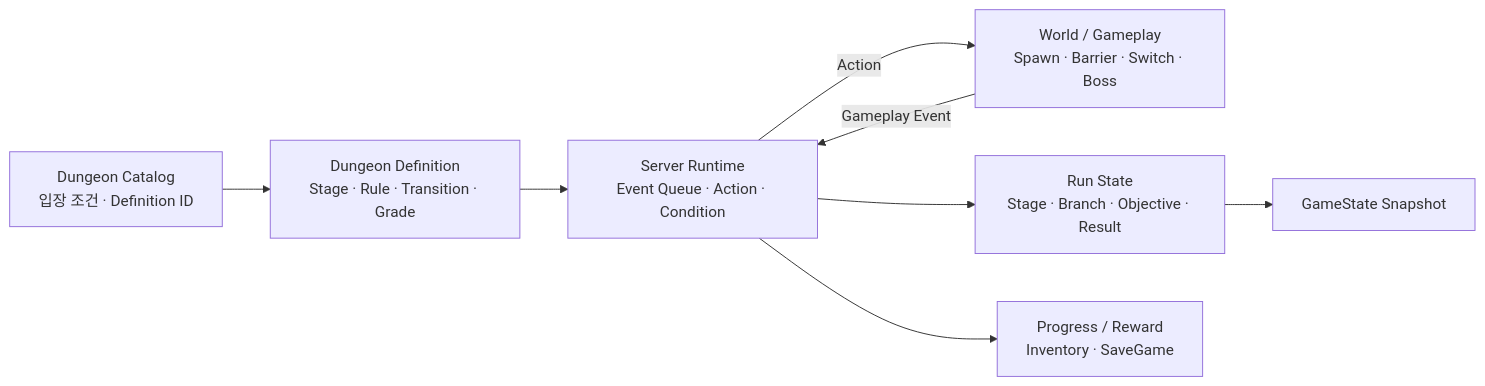
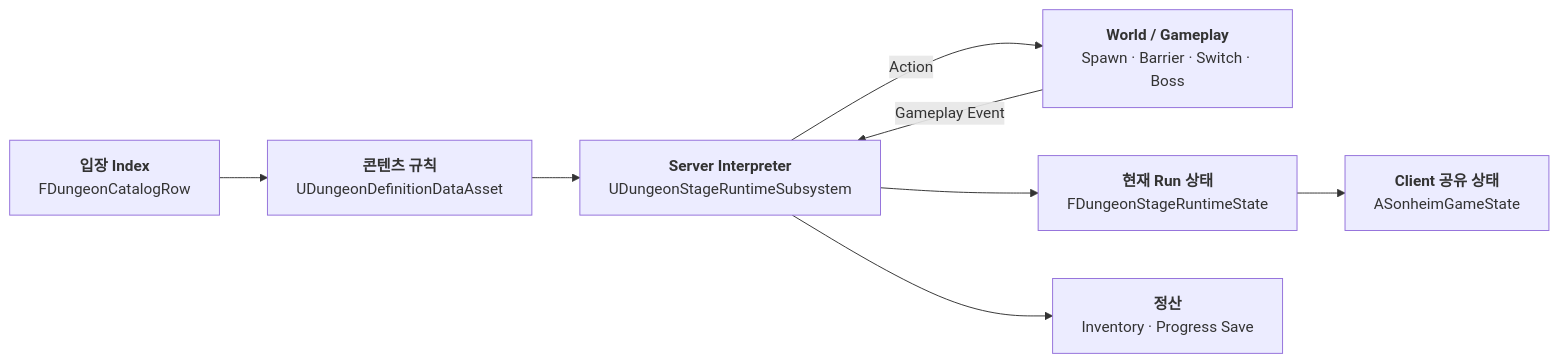
Before and after one commit to chungheonLee0325/Sonheim: the third of 3 diagrams in Doc/Wiki/09_Branching_Dungeon_Runtime.md, drawn with Mermaid. The commit also changed other lines of this file, not shown here.

Commit message:
docs: explain dungeon implementation, schema and gameplay tags

````diff
--- a/Doc/Wiki/09_Branching_Dungeon_Runtime.md
+++ b/Doc/Wiki/09_Branching_Dungeon_Runtime.md
@@ -11,18 +174,18 @@
-```mermaid
+~~~mermaid
 flowchart LR
-    C["Dungeon Catalog<br/>입장 조건 · Definition ID"]
-    D["Dungeon Definition<br/>Stage · Rule · Transition · Grade"]
-    R["Server Runtime<br/>Event Queue · Action · Condition"]
-    W["World / Gameplay<br/>Spawn · Barrier · Switch · Boss"]
-    S["Run State<br/>Stage · Branch · Objective · Result"]
-    G["GameState Snapshot"]
-    P["Progress / Reward<br/>Inventory · SaveGame"]
+    C["<b>입장 Index</b><br/>FDungeonCatalogRow"]
+    D["<b>콘텐츠 규칙</b><br/>UDungeonDefinitionDataAsset"]
+    R["<b>Server Interpreter</b><br/>UDungeonStageRuntimeSubsystem"]
+    W["<b>World / Gameplay</b><br/>Spawn · Barrier · Switch · Boss"]
+    S["<b>현재 Run 상태</b><br/>FDungeonStageRuntimeState"]
+    G["<b>Client 공유 상태</b><br/>ASonheimGameState"]
+    P["<b>정산</b><br/>Inventory · Progress Save"]
 
     C --> D
     D --> R
     W -->|"Gameplay Event"| R
     R -->|"Action"| W
     R --> S
     S --> G
     R --> P
-```
+~~~
````
